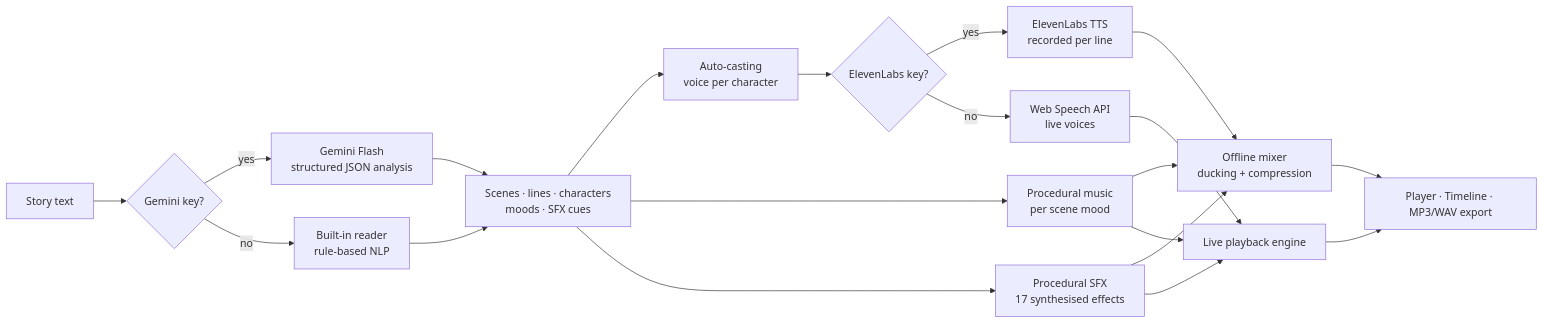
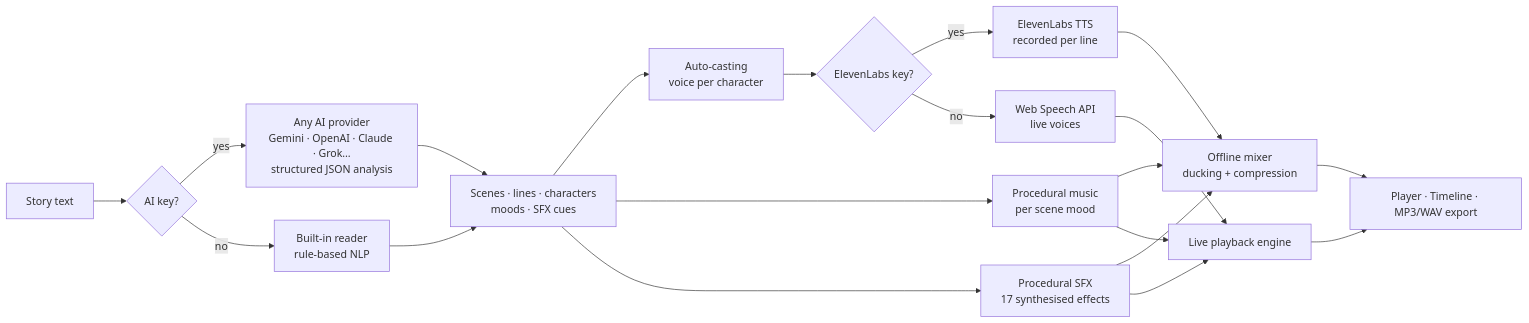
The diagram in README.md (himanxhuwq/VoiceVerse), drawn with Mermaid before and after one commit. The commit also changed other lines of this file and 14 other files, not shown here.

First line of the commit message:
Use any AI provider, not just Gemini

````diff
--- a/README.md
+++ b/README.md
@@ -64,22 +79,22 @@
 ```mermaid
 flowchart LR
-  A[Story text] --> B{Gemini key?}
-  B -- yes --> C[Gemini Flash<br/>structured JSON analysis]
+  A[Story text] --> B{AI key?}
+  B -- yes --> C[Any AI provider<br/>Gemini · OpenAI · Claude · Grok…<br/>structured JSON analysis]
   B -- no --> D[Built-in reader<br/>rule-based NLP]
   C --> E[Scenes · lines · characters<br/>moods · SFX cues]
   D --> E
   E --> F[Auto-casting<br/>voice per character]
   F --> G{ElevenLabs key?}
   G -- yes --> H[ElevenLabs TTS<br/>recorded per line]
   G -- no --> I[Web Speech API<br/>live voices]
   E --> J[Procedural music<br/>per scene mood]
   E --> K[Procedural SFX<br/>17 synthesised effects]
   H --> L[Offline mixer<br/>ducking + compression]
   J --> L
   K --> L
   I --> M[Live playback engine]
   J --> M
   K --> M
   L --> N[Player · Timeline · MP3/WAV export]
   M --> N
 ```
````
